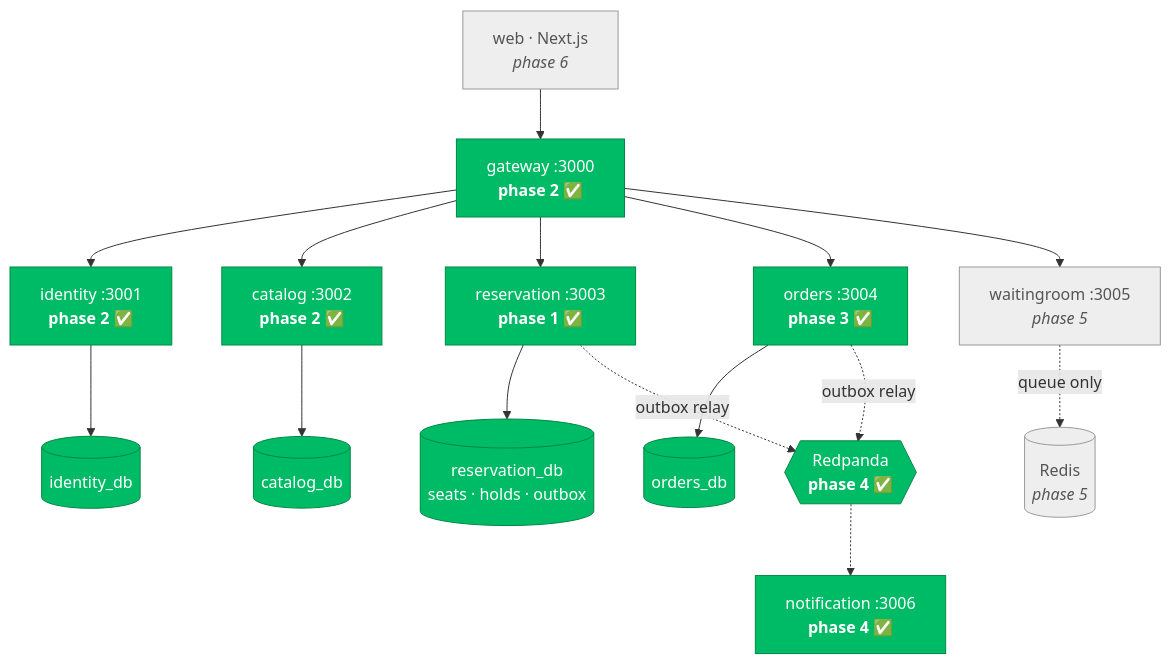
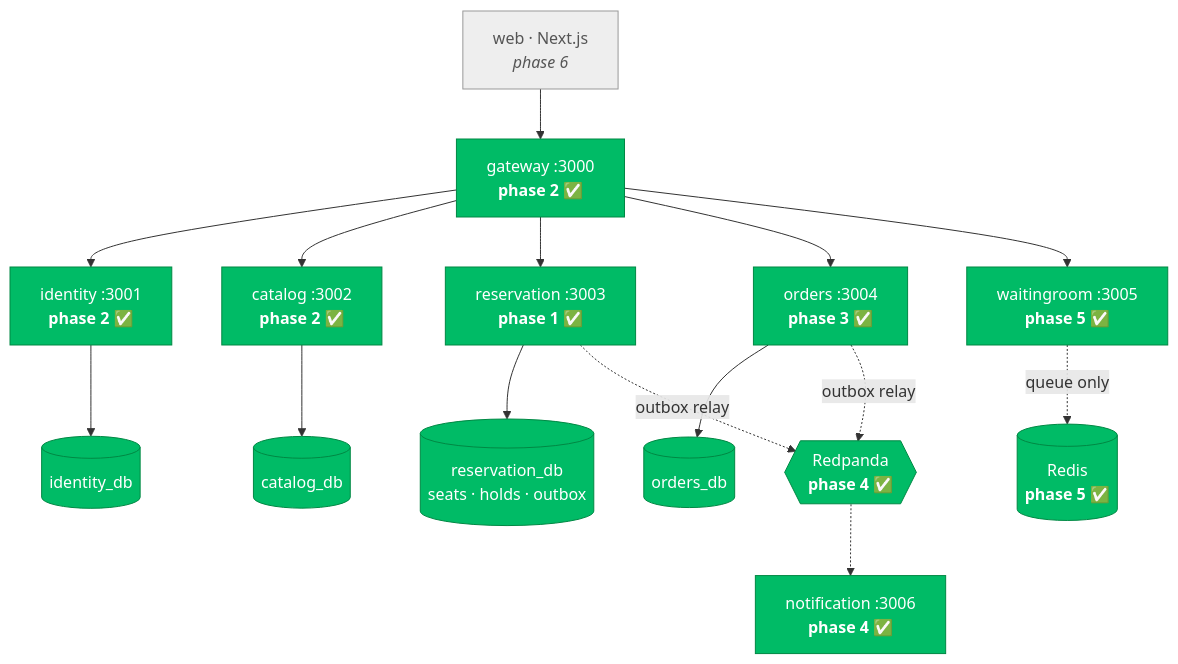
Before and after one commit to arpit15006/TicketingSystem: the diagram in README.md, drawn with Mermaid. The commit also changed other lines of this file and 33 other files, not shown here.

First line of the commit message:
Phase 5: the waiting room, and proof that Redis holds no correctness state

````diff
--- a/README.md
+++ b/README.md
@@ -236,21 +261,21 @@
 ```mermaid
 graph TD
   web[web · Next.js<br/><i>phase 6</i>] --> gw[gateway :3000<br/><b>phase 2 ✅</b>]
   gw --> id[identity :3001<br/><b>phase 2 ✅</b>]
   gw --> cat[catalog :3002<br/><b>phase 2 ✅</b>]
   gw --> res[reservation :3003<br/><b>phase 1 ✅</b>]
   gw --> ord[orders :3004<br/><b>phase 3 ✅</b>]
-  gw --> wr[waitingroom :3005<br/><i>phase 5</i>]
+  gw --> wr[waitingroom :3005<br/><b>phase 5 ✅</b>]
   res --> resdb[(reservation_db<br/>seats · holds · outbox)]
   ord --> orddb[(orders_db)]
   id --> iddb[(identity_db)]
   cat --> catdb[(catalog_db)]
   res -.outbox relay.-> kafka{{Redpanda<br/><b>phase 4 ✅</b>}}
   ord -.outbox relay.-> kafka
   kafka -.-> notif[notification :3006<br/><b>phase 4 ✅</b>]
-  wr -.queue only.-> redis[(Redis<br/><i>phase 5</i>)]
+  wr -.queue only.-> redis[(Redis<br/><b>phase 5 ✅</b>)]
   classDef done fill:#0b6,stroke:#084,color:#fff
   classDef todo fill:#eee,stroke:#999,color:#555
-  class res,gw,id,cat,ord,notif,kafka,resdb,iddb,catdb,orddb done
-  class web,wr,redis todo
+  class res,gw,id,cat,ord,notif,wr,kafka,redis,resdb,iddb,catdb,orddb done
+  class web todo
 ```
````
